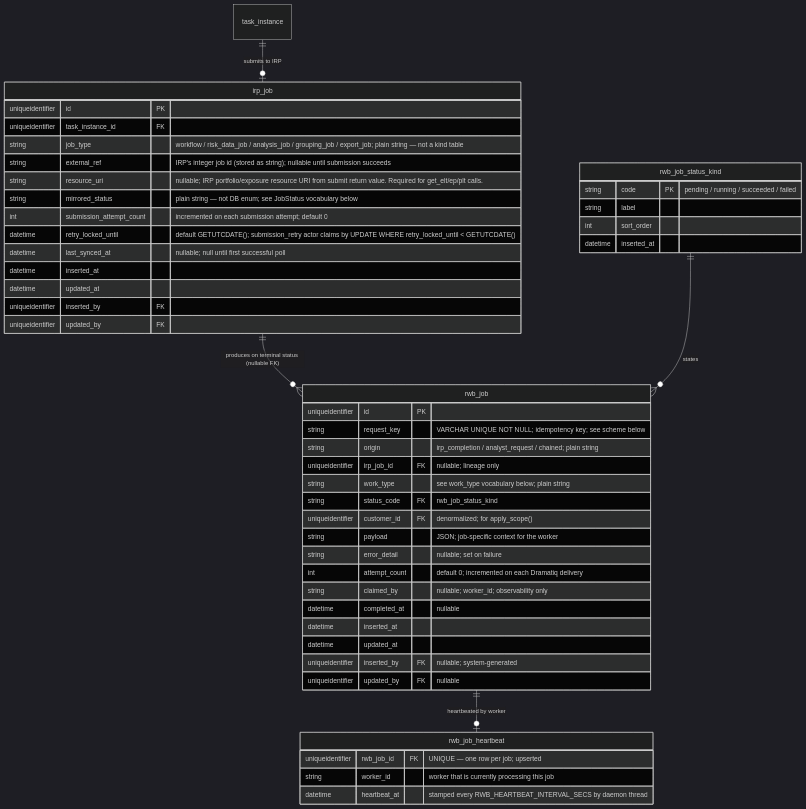
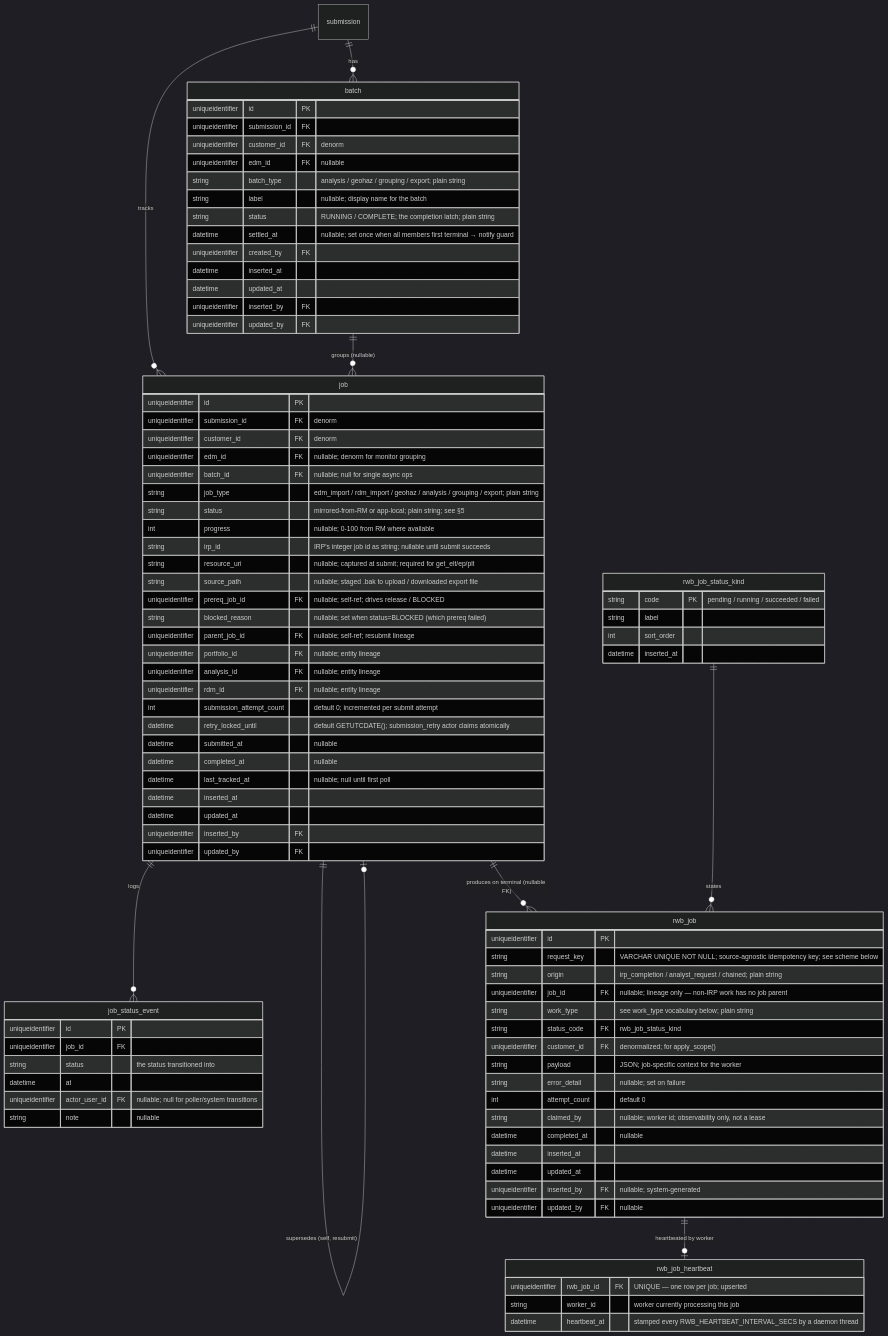
One commit to anilvenugopal/risk-workbench changed the fourth of 7 diagrams in docs/DATA_MODEL.md. Above: the diagram before and after it, drawn with Mermaid (dark theme). The commit also changed other lines of this file and 25 other files, not shown here.

First line of the commit message:
docs: adopt lean metamodel — replace workflow engine with job/batch/rwb_job

````diff
--- a/docs/DATA_MODEL.md
+++ b/docs/DATA_MODEL.md
@@ -675,20 +432,61 @@
 ```mermaid
 erDiagram
-  task_instance ||--o| irp_job : "submits to IRP"
-  irp_job ||--o{ rwb_job : "produces on terminal status (nullable FK)"
+  submission ||--o{ job : tracks
+  batch ||--o{ job : "groups (nullable)"
+  job ||--o| job : "prereq (self)"
+  job ||--o| job : "supersedes (self, resubmit)"
+  job ||--o{ job_status_event : logs
+  job ||--o{ rwb_job : "produces on terminal (nullable FK)"
   rwb_job_status_kind ||--o{ rwb_job : states
   rwb_job ||--o| rwb_job_heartbeat : "heartbeated by worker"
+  submission ||--o{ batch : has
 
-  irp_job {
+  job {
     uniqueidentifier id PK
-    uniqueidentifier task_instance_id FK
-    string job_type "workflow / risk_data_job / analysis_job / grouping_job / export_job; plain string — not a kind table"
-    string external_ref "IRP's integer job id (stored as string); nullable until submission succeeds"
-    string resource_uri "nullable; IRP portfolio/exposure resource URI from submit return value. Required for get_elt/ep/plt calls."
-    string mirrored_status "plain string — not DB enum; see JobStatus vocabulary below"
-    int submission_attempt_count "incremented on each submission attempt; default 0"
-    datetime retry_locked_until "default GETUTCDATE(); submission_retry actor claims by UPDATE WHERE retry_locked_until < GETUTCDATE()"
-    datetime last_synced_at "nullable; null until first successful poll"
+    uniqueidentifier submission_id FK "denorm"
+    uniqueidentifier customer_id FK "denorm"
+    uniqueidentifier edm_id FK "nullable; denorm for monitor grouping"
+    uniqueidentifier batch_id FK "nullable; null for single async ops"
+    string job_type "edm_import / rdm_import / geohaz / analysis / grouping / export; plain string"
+    string status "mirrored-from-RM or app-local; plain string; see §5"
+    int progress "nullable; 0-100 from RM where available"
+    string irp_id "IRP's integer job id as string; nullable until submit succeeds"
+    string resource_uri "nullable; captured at submit; required for get_elt/ep/plt"
+    string source_path "nullable; staged .bak to upload / downloaded export file"
+    uniqueidentifier prereq_job_id FK "nullable; self-ref; drives release / BLOCKED"
+    string blocked_reason "nullable; set when status=BLOCKED (which prereq failed)"
+    uniqueidentifier parent_job_id FK "nullable; self-ref; resubmit lineage"
+    uniqueidentifier portfolio_id FK "nullable; entity lineage"
+    uniqueidentifier analysis_id FK "nullable; entity lineage"
+    uniqueidentifier rdm_id FK "nullable; entity lineage"
+    int submission_attempt_count "default 0; incremented per submit attempt"
+    datetime retry_locked_until "default GETUTCDATE(); submission_retry actor claims atomically"
+    datetime submitted_at "nullable"
+    datetime completed_at "nullable"
+    datetime last_tracked_at "nullable; null until first poll"
+    datetime inserted_at
+    datetime updated_at
+    uniqueidentifier inserted_by FK
+    uniqueidentifier updated_by FK
+  }
+  job_status_event {
+    uniqueidentifier id PK
+    uniqueidentifier job_id FK
+    string status "the status transitioned into"
+    datetime at
+    uniqueidentifier actor_user_id FK "nullable; null for poller/system transitions"
+    string note "nullable"
+  }
+  batch {
+    uniqueidentifier id PK
+    uniqueidentifier submission_id FK
+    uniqueidentifier customer_id FK "denorm"
+    uniqueidentifier edm_id FK "nullable"
+    string batch_type "analysis / geohaz / grouping / export; plain string"
+    string label "nullable; display name for the batch"
+    string status "RUNNING / COMPLETE; the completion latch; plain string"
+    datetime settled_at "nullable; set once when all members first terminal → notify guard"
+    uniqueidentifier created_by FK
     datetime inserted_at
     datetime updated_at
     uniqueidentifier inserted_by FK
@@ -696,16 +494,16 @@
   }
   rwb_job {
     uniqueidentifier id PK
-    string request_key "VARCHAR UNIQUE NOT NULL; idempotency key; see scheme below"
+    string request_key "VARCHAR UNIQUE NOT NULL; source-agnostic idempotency key; see scheme below"
     string origin "irp_completion / analyst_request / chained; plain string"
-    uniqueidentifier irp_job_id FK "nullable; lineage only"
+    uniqueidentifier job_id FK "nullable; lineage only — non-IRP work has no job parent"
     string work_type "see work_type vocabulary below; plain string"
     string status_code FK "rwb_job_status_kind"
     uniqueidentifier customer_id FK "denormalized; for apply_scope()"
     string payload "JSON; job-specific context for the worker"
     string error_detail "nullable; set on failure"
-    int attempt_count "default 0; incremented on each Dramatiq delivery"
-    string claimed_by "nullable; worker_id; observability only"
+    int attempt_count "default 0"
+    string claimed_by "nullable; worker id; observability only, not a lease"
     datetime completed_at "nullable"
     datetime inserted_at
     datetime updated_at
@@ -714,8 +512,8 @@
   }
   rwb_job_heartbeat {
     uniqueidentifier rwb_job_id FK "UNIQUE — one row per job; upserted"
-    string worker_id "worker that is currently processing this job"
-    datetime heartbeat_at "stamped every RWB_HEARTBEAT_INTERVAL_SECS by daemon thread"
+    string worker_id "worker currently processing this job"
+    datetime heartbeat_at "stamped every RWB_HEARTBEAT_INTERVAL_SECS by a daemon thread"
   }
   rwb_job_status_kind {
     string code PK "pending / running / succeeded / failed"
````
